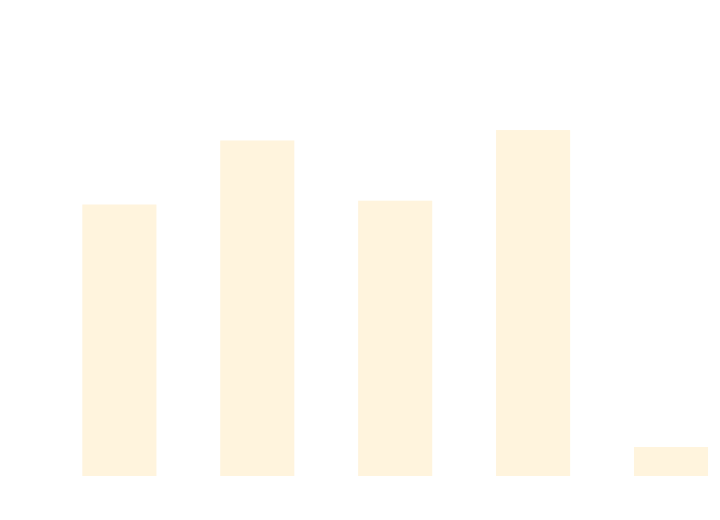
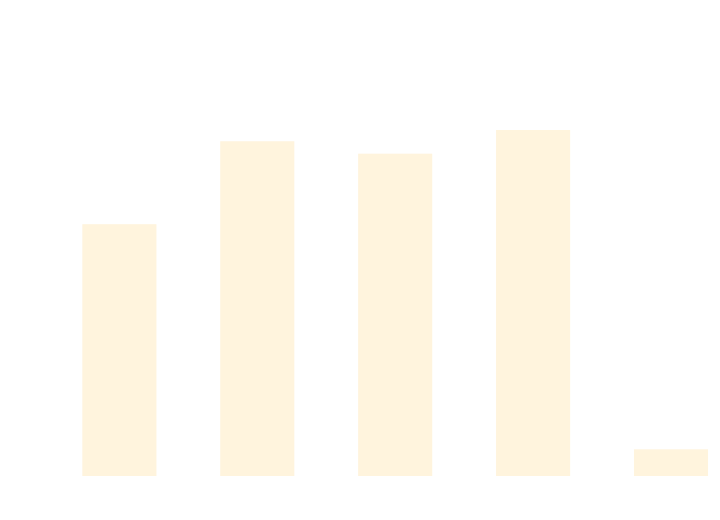
Before and after one commit to thomhurst/TUnit: the diagram in docs/docs/benchmarks/ScaleTests.md, drawn with Mermaid. The commit also changed other lines of this file and 17 other files, not shown here.

````diff
--- a/docs/docs/benchmarks/ScaleTests.md
+++ b/docs/docs/benchmarks/ScaleTests.md
@@ -27,37 +27,37 @@
 ```mermaid
 %%{init: {
   'theme':'base',
   'themeVariables': {
     'primaryColor': '#2563eb',
     'primaryTextColor': '#ffffff',
     'primaryBorderColor': '#1e40af',
     'lineColor': '#6b7280',
     'secondaryColor': '#7c3aed',
     'tertiaryColor': '#dc2626',
     'background': '#ffffff',
     'mainBkg': '#2563eb',
     'secondBkg': '#7c3aed',
     'tertiaryBkg': '#dc2626',
     'clusterBkg': '#f3f4f6',
     'edgeLabelBackground': '#ffffff',
     'tertiaryTextColor': '#1f2937',
     'pie1': '#2563eb',
     'pie2': '#7c3aed',
     'pie3': '#dc2626',
     'pie4': '#f59e0b',
     'pie5': '#10b981',
     'pie6': '#06b6d4',
     'pie7': '#ec4899',
     'pie8': '#6366f1',
     'pie9': '#84cc16',
     'pie10': '#f97316',
     'pie11': '#14b8a6',
     'pie12': '#a855f7'
   }
 }}%%
 xychart-beta
   title "ScaleTests Performance Comparison"
   x-axis ["TUnit", "NUnit", "MSTest", "xUnit3", "TUnit_AOT"]
-  y-axis "Time (ms)" 0 --> 741
-  bar [481.19, 598.33, 488.19, 617.42, 37.52]
+  y-axis "Time (ms)" 0 --> 762
+  bar [457.76, 613.85, 590.48, 634.98, 34.25]
 ```
````
